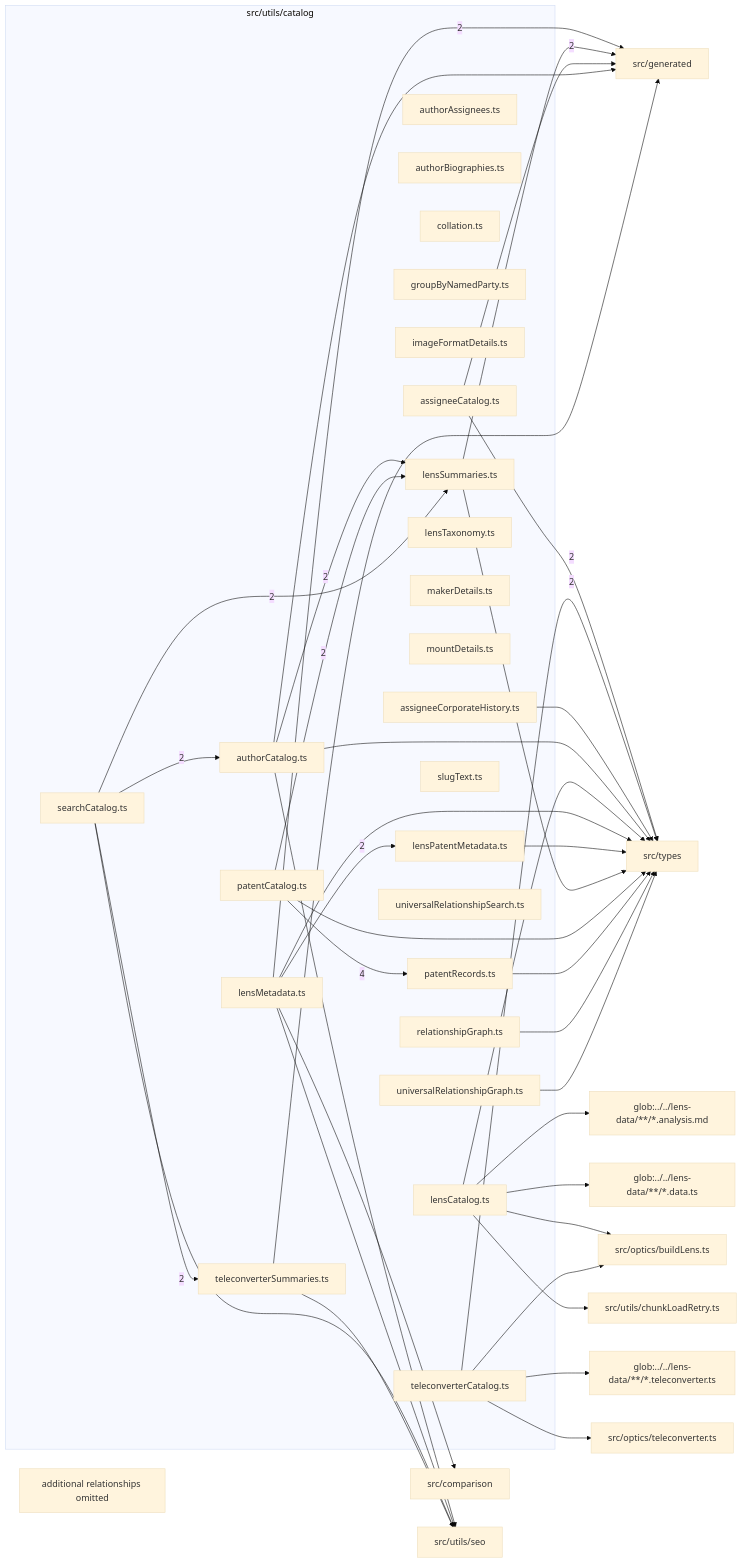
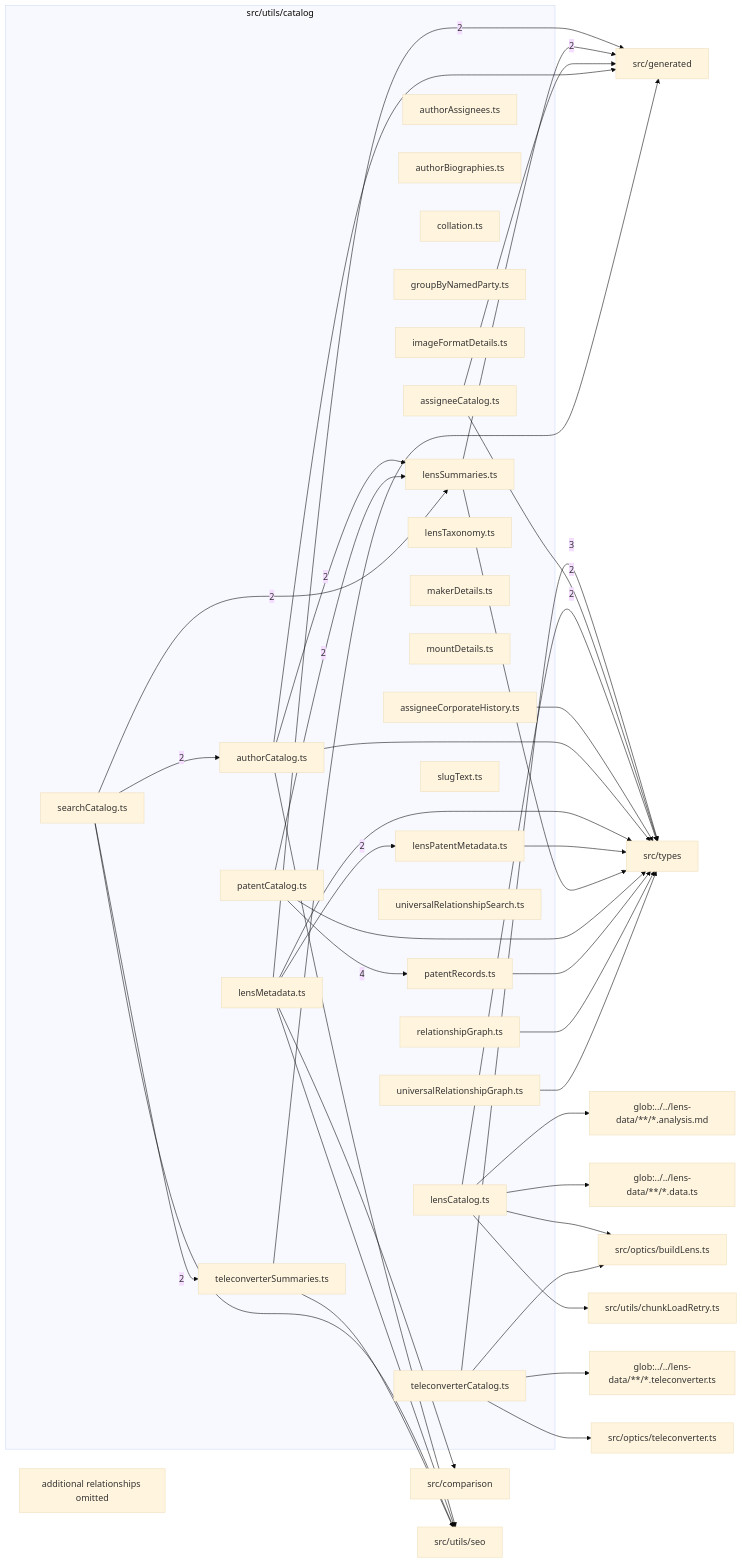
The diagram in src/utils/catalog/readme.md (BeamFour/LensVisualizer), drawn with Mermaid (base theme) before and after one commit. The commit also changed other lines of this file and 31 other files, not shown here.

````diff
--- a/src/utils/catalog/readme.md
+++ b/src/utils/catalog/readme.md
@@ -9,76 +9,76 @@
 ```mermaid
 flowchart LR
   subgraph n_src_utils_catalog["src/utils/catalog"]
     n_src_utils_catalog_src_utils_catalog_assigneeCatalog_ts["assigneeCatalog.ts"]
     n_src_utils_catalog_src_utils_catalog_assigneeCorporateHistory_ts["assigneeCorporateHistory.ts"]
     n_src_utils_catalog_src_utils_catalog_authorAssignees_ts["authorAssignees.ts"]
     n_src_utils_catalog_src_utils_catalog_authorBiographies_ts["authorBiographies.ts"]
     n_src_utils_catalog_src_utils_catalog_authorCatalog_ts["authorCatalog.ts"]
     n_src_utils_catalog_src_utils_catalog_collation_ts["collation.ts"]
     n_src_utils_catalog_src_utils_catalog_groupByNamedParty_ts["groupByNamedParty.ts"]
     n_src_utils_catalog_src_utils_catalog_imageFormatDetails_ts["imageFormatDetails.ts"]
     n_src_utils_catalog_src_utils_catalog_lensCatalog_ts["lensCatalog.ts"]
     n_src_utils_catalog_src_utils_catalog_lensMetadata_ts["lensMetadata.ts"]
     n_src_utils_catalog_src_utils_catalog_lensPatentMetadata_ts["lensPatentMetadata.ts"]
     n_src_utils_catalog_src_utils_catalog_lensSummaries_ts["lensSummaries.ts"]
     n_src_utils_catalog_src_utils_catalog_lensTaxonomy_ts["lensTaxonomy.ts"]
     n_src_utils_catalog_src_utils_catalog_makerDetails_ts["makerDetails.ts"]
     n_src_utils_catalog_src_utils_catalog_mountDetails_ts["mountDetails.ts"]
     n_src_utils_catalog_src_utils_catalog_patentCatalog_ts["patentCatalog.ts"]
     n_src_utils_catalog_src_utils_catalog_patentRecords_ts["patentRecords.ts"]
     n_src_utils_catalog_src_utils_catalog_relationshipGraph_ts["relationshipGraph.ts"]
     n_src_utils_catalog_src_utils_catalog_searchCatalog_ts["searchCatalog.ts"]
     n_src_utils_catalog_src_utils_catalog_slugText_ts["slugText.ts"]
     n_src_utils_catalog_src_utils_catalog_teleconverterCatalog_ts["teleconverterCatalog.ts"]
     n_src_utils_catalog_src_utils_catalog_teleconverterSummaries_ts["teleconverterSummaries.ts"]
     n_src_utils_catalog_src_utils_catalog_universalRelationshipGraph_ts["universalRelationshipGraph.ts"]
     n_src_utils_catalog_src_utils_catalog_universalRelationshipSearch_ts["universalRelationshipSearch.ts"]
   end
+  n_external_src_types["src/types"]
   n_external_src_generated["src/generated"]
-  n_external_src_types["src/types"]
   n_external_glob_______lens_data______analysis_md["glob:../../lens-data/**/*.analysis.md"]
   n_external_glob_______lens_data______data_ts["glob:../../lens-data/**/*.data.ts"]
   n_external_glob_______lens_data______teleconverter_ts["glob:../../lens-data/**/*.teleconverter.ts"]
   n_external_src_comparison["src/comparison"]
   n_external_src_optics_buildLens_ts["src/optics/buildLens.ts"]
   n_external_src_optics_teleconverter_ts["src/optics/teleconverter.ts"]
   n_external_src_utils_chunkLoadRetry_ts["src/utils/chunkLoadRetry.ts"]
   n_external_src_utils_seo["src/utils/seo"]
   n_src_utils_catalog_src_utils_catalog_patentCatalog_ts --> |4| n_src_utils_catalog_src_utils_catalog_patentRecords_ts
+  n_src_utils_catalog_src_utils_catalog_teleconverterCatalog_ts --> |3| n_external_src_types
   n_src_utils_catalog_src_utils_catalog_lensMetadata_ts --> |2| n_external_src_generated
   n_src_utils_catalog_src_utils_catalog_lensSummaries_ts --> |2| n_external_src_generated
   n_src_utils_catalog_src_utils_catalog_assigneeCatalog_ts --> |2| n_external_src_types
-  n_src_utils_catalog_src_utils_catalog_teleconverterCatalog_ts --> |2| n_external_src_types
+  n_src_utils_catalog_src_utils_catalog_lensCatalog_ts --> |2| n_external_src_types
   n_src_utils_catalog_src_utils_catalog_searchCatalog_ts --> |2| n_src_utils_catalog_src_utils_catalog_authorCatalog_ts
   n_src_utils_catalog_src_utils_catalog_lensMetadata_ts --> |2| n_src_utils_catalog_src_utils_catalog_lensPatentMetadata_ts
   n_src_utils_catalog_src_utils_catalog_authorCatalog_ts --> |2| n_src_utils_catalog_src_utils_catalog_lensSummaries_ts
   n_src_utils_catalog_src_utils_catalog_patentCatalog_ts --> |2| n_src_utils_catalog_src_utils_catalog_lensSummaries_ts
   n_src_utils_catalog_src_utils_catalog_searchCatalog_ts --> |2| n_src_utils_catalog_src_utils_catalog_lensSummaries_ts
   n_src_utils_catalog_src_utils_catalog_searchCatalog_ts --> |2| n_src_utils_catalog_src_utils_catalog_teleconverterSummaries_ts
   n_src_utils_catalog_src_utils_catalog_lensCatalog_ts --> n_external_glob_______lens_data______analysis_md
   n_src_utils_catalog_src_utils_catalog_lensCatalog_ts --> n_external_glob_______lens_data______data_ts
   n_src_utils_catalog_src_utils_catalog_teleconverterCatalog_ts --> n_external_glob_______lens_data______teleconverter_ts
   n_src_utils_catalog_src_utils_catalog_lensMetadata_ts --> n_external_src_comparison
   n_src_utils_catalog_src_utils_catalog_assigneeCatalog_ts --> n_external_src_generated
   n_src_utils_catalog_src_utils_catalog_authorCatalog_ts --> n_external_src_generated
   n_src_utils_catalog_src_utils_catalog_teleconverterSummaries_ts --> n_external_src_generated
   n_src_utils_catalog_src_utils_catalog_lensCatalog_ts --> n_external_src_optics_buildLens_ts
   n_src_utils_catalog_src_utils_catalog_teleconverterCatalog_ts --> n_external_src_optics_buildLens_ts
   n_src_utils_catalog_src_utils_catalog_teleconverterCatalog_ts --> n_external_src_optics_teleconverter_ts
   n_src_utils_catalog_src_utils_catalog_assigneeCorporateHistory_ts --> n_external_src_types
   n_src_utils_catalog_src_utils_catalog_authorCatalog_ts --> n_external_src_types
-  n_src_utils_catalog_src_utils_catalog_lensCatalog_ts --> n_external_src_types
   n_src_utils_catalog_src_utils_catalog_lensMetadata_ts --> n_external_src_types
   n_src_utils_catalog_src_utils_catalog_lensPatentMetadata_ts --> n_external_src_types
   n_src_utils_catalog_src_utils_catalog_lensSummaries_ts --> n_external_src_types
   n_src_utils_catalog_src_utils_catalog_patentCatalog_ts --> n_external_src_types
   n_src_utils_catalog_src_utils_catalog_patentRecords_ts --> n_external_src_types
   n_src_utils_catalog_src_utils_catalog_relationshipGraph_ts --> n_external_src_types
   n_src_utils_catalog_src_utils_catalog_universalRelationshipGraph_ts --> n_external_src_types
   n_src_utils_catalog_src_utils_catalog_lensCatalog_ts --> n_external_src_utils_chunkLoadRetry_ts
   n_src_utils_catalog_src_utils_catalog_authorCatalog_ts --> n_external_src_utils_seo
   n_src_utils_catalog_src_utils_catalog_lensMetadata_ts --> n_external_src_utils_seo
   n_src_utils_catalog_src_utils_catalog_searchCatalog_ts --> n_external_src_utils_seo
   n_src_utils_catalog_src_utils_catalog_teleconverterSummaries_ts --> n_external_src_utils_seo
   n_src_utils_catalog_truncated["additional relationships omitted"]
 ```
````
